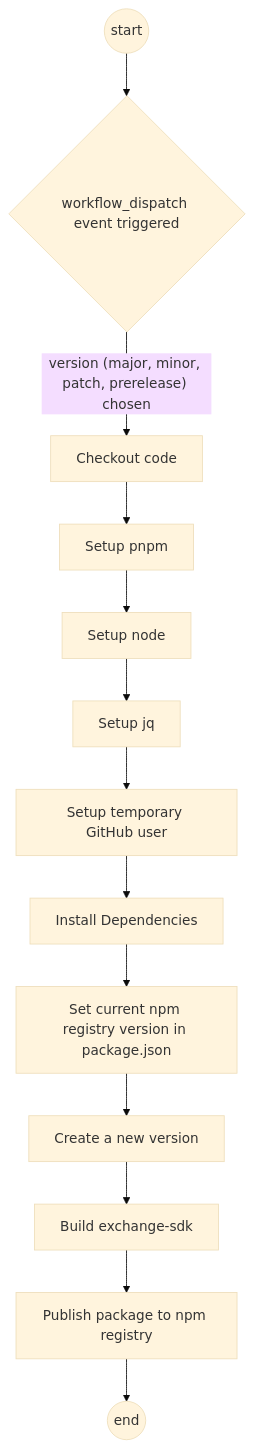
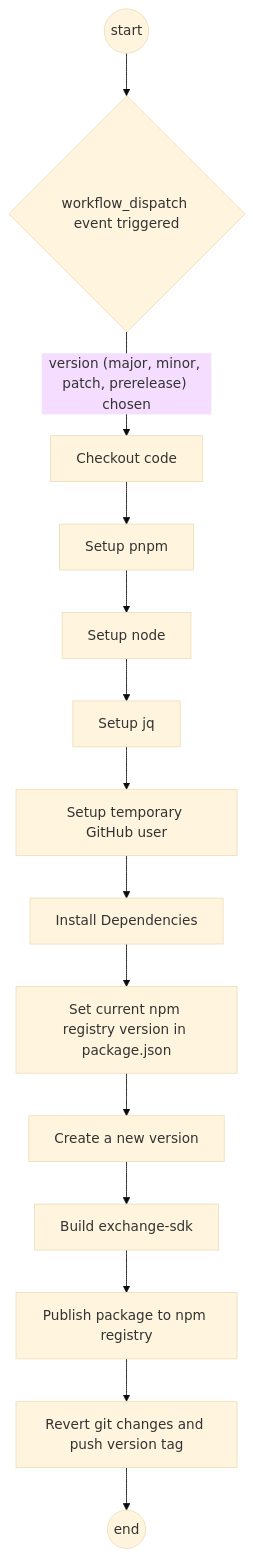
The diagram in .github/workflows/README.md (LedgerHQ/exchange-sdk), drawn with Mermaid (base theme) before and after one commit.

````diff
--- a/.github/workflows/README.md
+++ b/.github/workflows/README.md
@@ -3,16 +3,17 @@
 ```mermaid
 graph TB
      A((start)) --> B{workflow_dispatch event triggered}
      
      B -- "version (major, minor, patch, prerelease) chosen" --> C[Checkout code]
      C --> D[Setup pnpm]
      D --> E[Setup node]
      E --> F[Setup jq]
      F --> G[Setup temporary GitHub user]
      G --> H[Install Dependencies]
      H --> I[Set current npm registry version in package.json]
      I --> J[Create a new version]
      J --> K[Build exchange-sdk]
      K --> L[Publish package to npm registry]
-     L --> M((end))
+     L --> M[Revert git changes and push version tag]
+     M --> N((end))
 ```
````
